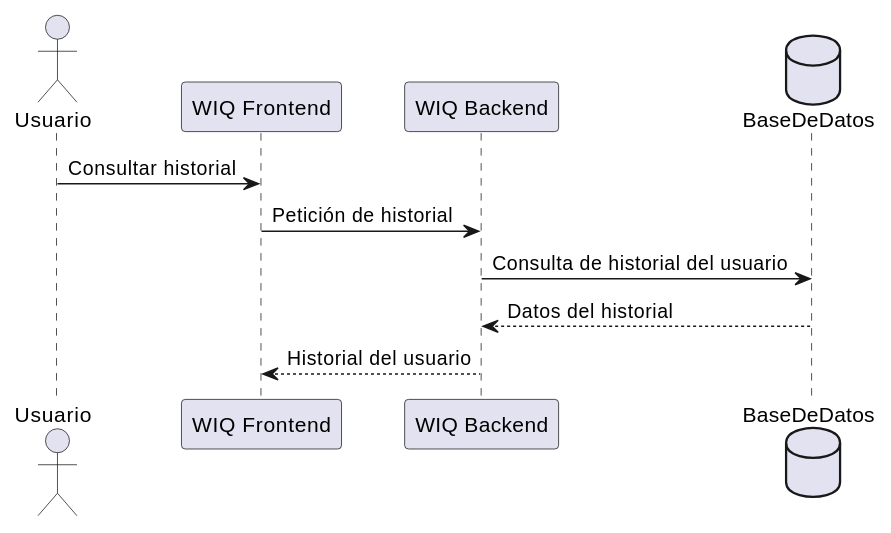
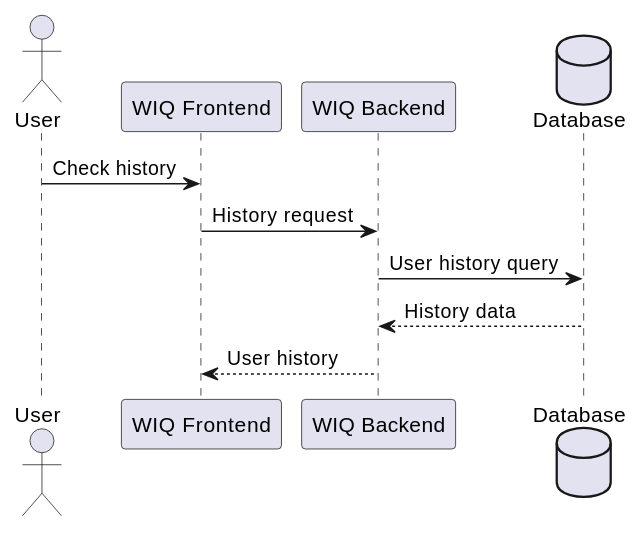
The fourth of 6 diagrams in docs/src/06_runtime_view.adoc (Arquisoft/wiq_es04b), drawn with PlantUML before and after one commit. The commit also changed other lines of this file and 1 other file, not shown here.

```diff
--- a/docs/src/06_runtime_view.adoc
+++ b/docs/src/06_runtime_view.adoc
@@ -92,13 +92,13 @@
 [plantuml,"Sequence diagram 4",png]
 ----
-actor Usuario
+actor User
 participant "WIQ Frontend" as Frontend
 participant "WIQ Backend" as Backend
-database BaseDeDatos as DB
+database Database as DB
 
-Usuario -> Frontend: Consultar historial
-Frontend -> Backend: Petición de historial
-Backend -> DB: Consulta de historial del usuario
-DB --> Backend: Datos del historial
-Backend --> Frontend: Historial del usuario
+User -> Frontend: Check history
+Frontend -> Backend: History request
+Backend -> DB: User history query
+DB --> Backend: History data
+Backend --> Frontend: User history
 ----
```
